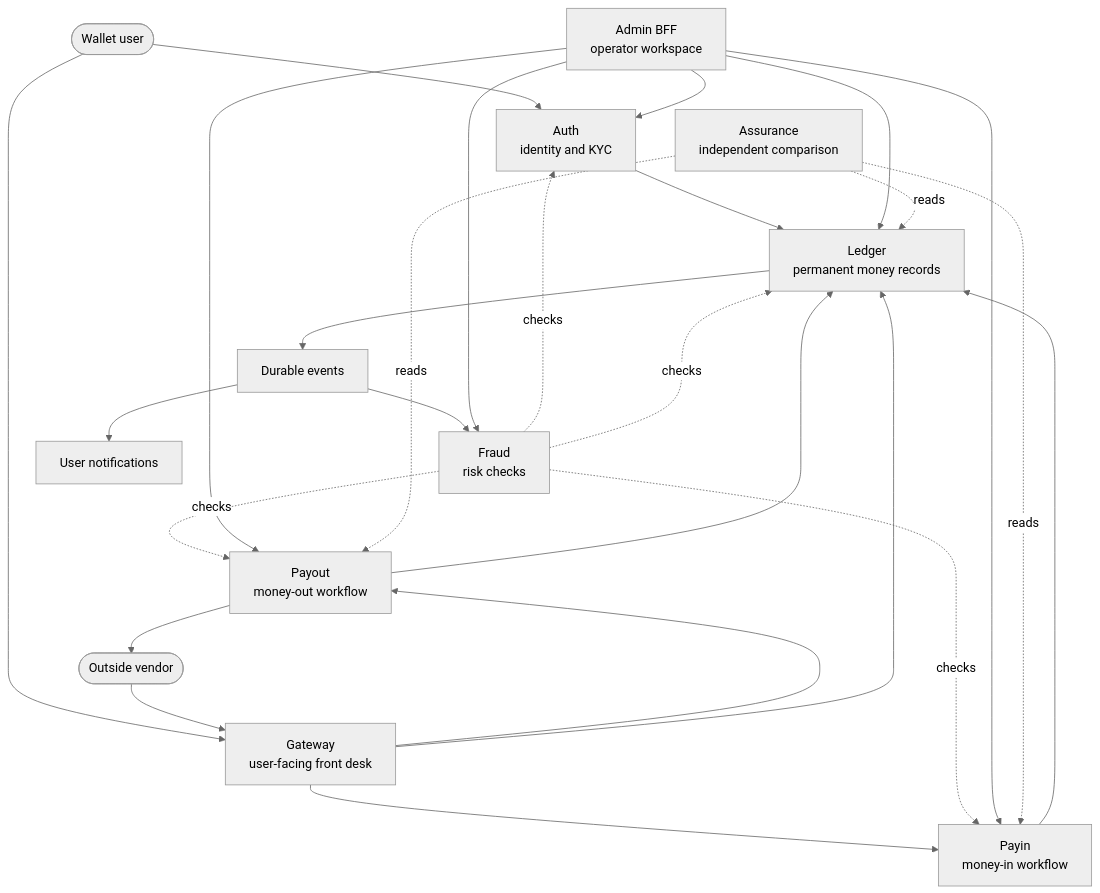
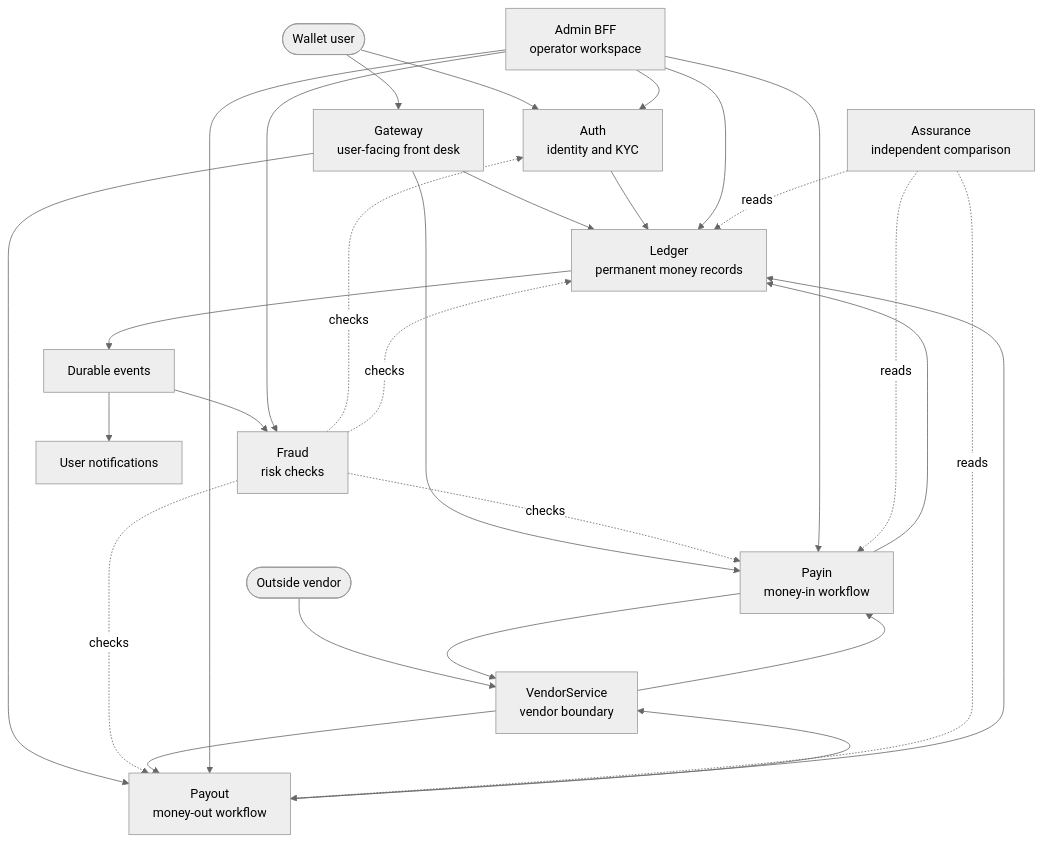
Before and after one commit to herdifirdausss/seev: the diagram in docs/learn/product-tour.md, drawn with Mermaid (neutral theme). The commit also changed other lines of this file and 234 other files, not shown here.

Commit message:
feat: add contract vendor boundary and load verification gates

````diff
--- a/docs/learn/product-tour.md
+++ b/docs/learn/product-tour.md
@@ -30,28 +30,31 @@
 ```mermaid
 flowchart TB
     User([Wallet user]) --> Auth[Auth<br/>identity and KYC]
     User --> Gateway[Gateway<br/>user-facing front desk]
     Gateway --> Payin[Payin<br/>money-in workflow]
     Gateway --> Payout[Payout<br/>money-out workflow]
     Gateway --> Ledger[Ledger<br/>permanent money records]
     Payin --> Ledger
     Payout --> Ledger
     Auth --> Ledger
     Fraud[Fraud<br/>risk checks] -. checks .-> Auth
     Fraud -. checks .-> Payin
     Fraud -. checks .-> Payout
     Fraud -. checks .-> Ledger
-    Vendor([Outside vendor]) --> Gateway
-    Payout --> Vendor
+    Vendor([Outside vendor]) --> VendorService[VendorService<br/>vendor boundary]
+    Payin --> VendorService
+    Payout --> VendorService
+    VendorService --> Payin
+    VendorService --> Payout
     Ledger --> Queue[Durable events]
     Queue --> Notification[User notifications]
     Queue --> Fraud
     Admin[Admin BFF<br/>operator workspace] --> Auth
     Admin --> Payin
     Admin --> Payout
     Admin --> Ledger
     Admin --> Fraud
     Assurance[Assurance<br/>independent comparison] -. reads .-> Payin
     Assurance -. reads .-> Payout
     Assurance -. reads .-> Ledger
 ```
````
